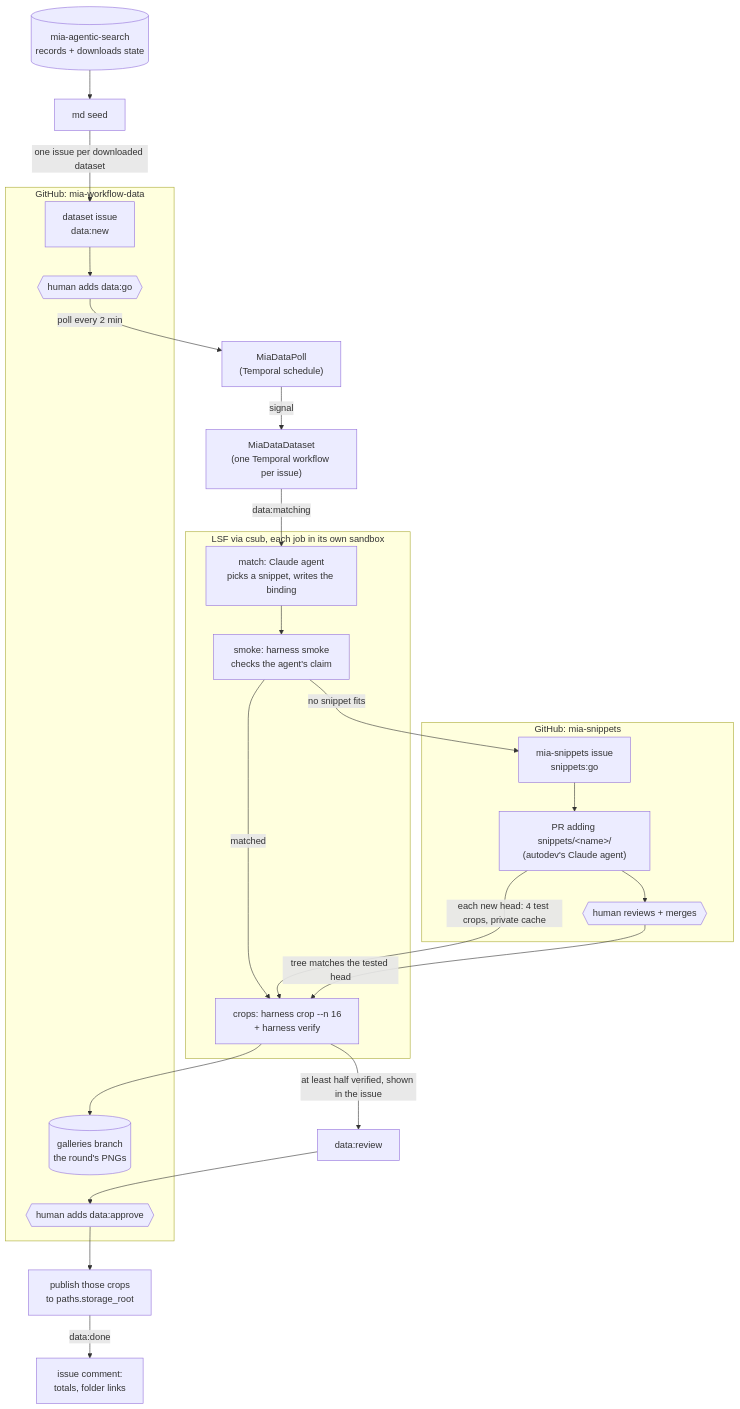
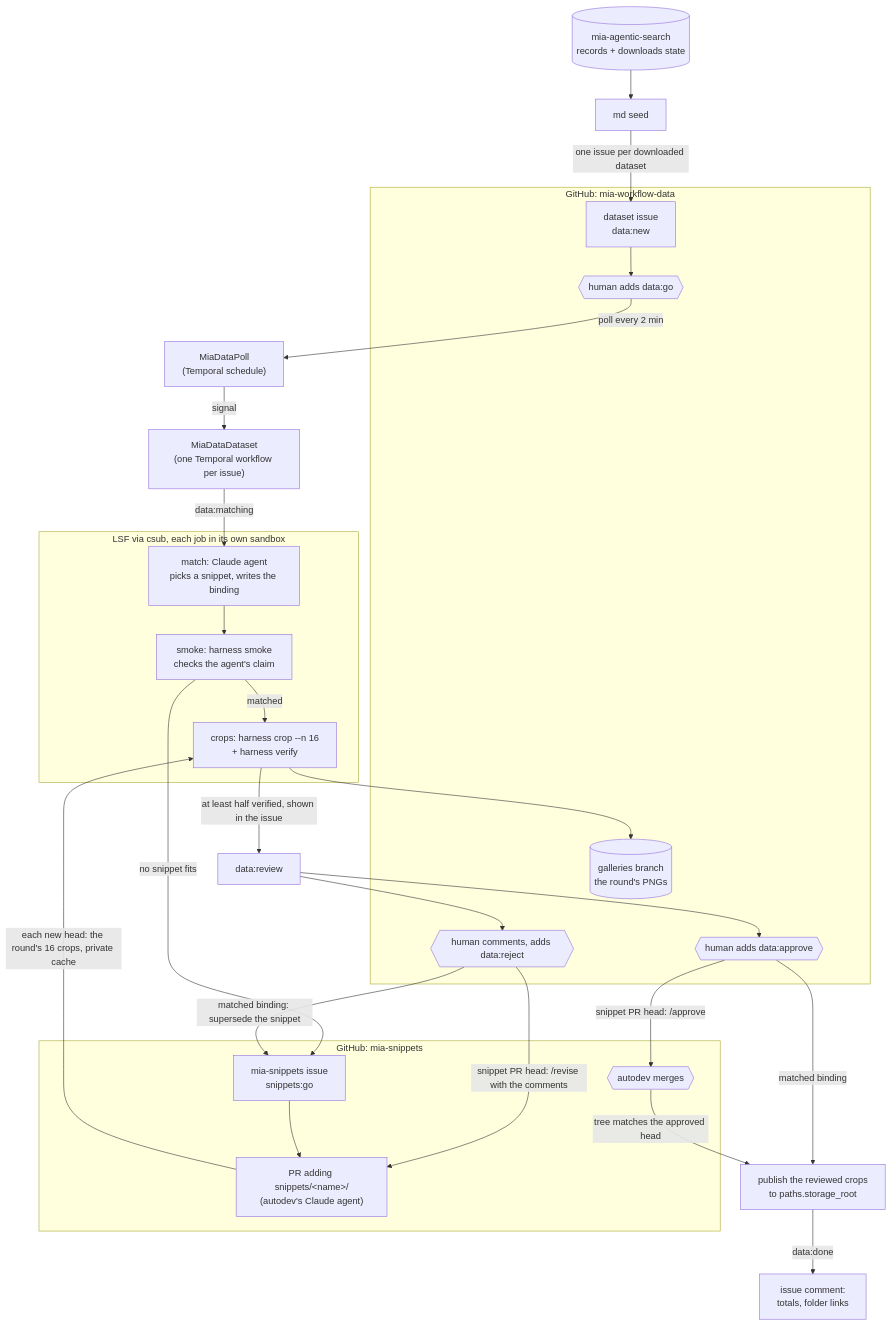
One commit to JaneliaSciComp/mia-workflow-prototype changed the diagram in docs/mia-data-workflow.md. Above: the diagram before and after it, drawn with Mermaid. The commit also changed other lines of this file and 20 other files, not shown here.

First line of the commit message:
milestone J: the review loop (spec §14): every set reviewed, data:reject feeds the agent, approve merges the PR

````diff
--- a/docs/mia-data-workflow.md
+++ b/docs/mia-data-workflow.md
@@ -7,43 +7,47 @@
 ```mermaid
 flowchart TD
     catalog[("mia-agentic-search<br/>records + downloads state")]
     seed["md seed"] -->|one issue per downloaded dataset| issue
     catalog --> seed
 
     subgraph gh["GitHub: mia-workflow-data"]
         issue["dataset issue<br/>data:new"]
         go{{"human adds data:go"}}
         approve{{"human adds data:approve"}}
+        reject{{"human comments, adds data:reject"}}
         gallery[("galleries branch<br/>the round's PNGs")]
     end
 
     issue --> go
     go -->|poll every 2 min| poll["MiaDataPoll<br/>(Temporal schedule)"]
     poll -->|signal| wf["MiaDataDataset<br/>(one Temporal workflow per issue)"]
 
     subgraph cluster["LSF via csub, each job in its own sandbox"]
         match["match: Claude agent<br/>picks a snippet, writes the binding"]
         smoke["smoke: harness smoke<br/>checks the agent's claim"]
         tcrop["crops: harness crop --n 16<br/>+ harness verify"]
     end
 
     wf -->|data:matching| match --> smoke
     smoke -->|matched| tcrop
     smoke -->|no snippet fits| dev
     tcrop -->|at least half verified, shown in the issue| review["data:review"]
     tcrop --> gallery
     review --> approve
-    approve --> publish["publish those crops<br/>to paths.storage_root"]
+    review --> reject
+    approve -->|matched binding| publish["publish the reviewed crops<br/>to paths.storage_root"]
+    approve -->|snippet PR head: /approve| merge
+    reject -->|matched binding: supersede the snippet| dev
+    reject -->|snippet PR head: /revise with the comments| pr
     publish -->|data:done| done["issue comment:<br/>totals, folder links"]
 
     subgraph snippets["GitHub: mia-snippets"]
         dev["mia-snippets issue<br/>snippets:go"]
         pr["PR adding snippets/&lt;name&gt;/<br/>(autodev's Claude agent)"]
-        merge{{"human reviews + merges"}}
+        merge{{"autodev merges"}}
     end
 
     dev --> pr
-    pr -->|each new head: 4 test crops, private cache| tcrop
-    pr --> merge
-    merge -->|tree matches the tested head| tcrop
+    pr -->|each new head: the round's 16 crops, private cache| tcrop
+    merge -->|tree matches the approved head| publish
 ```
````
